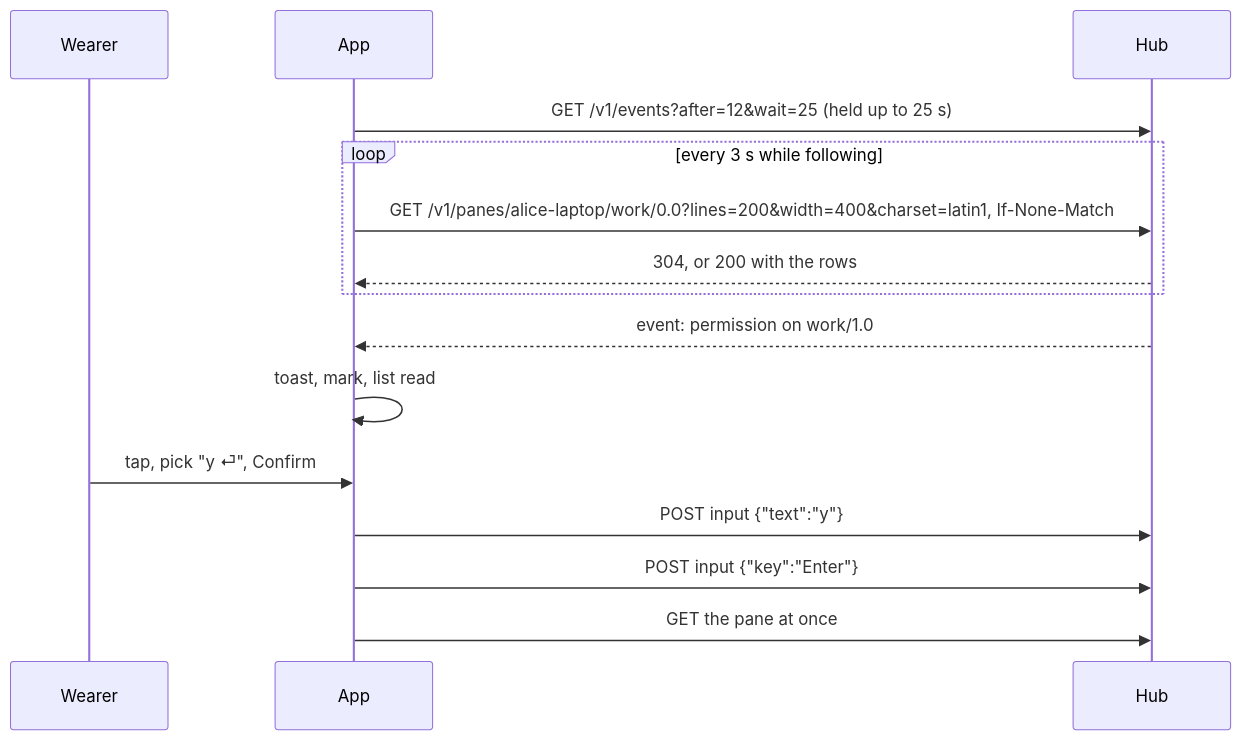
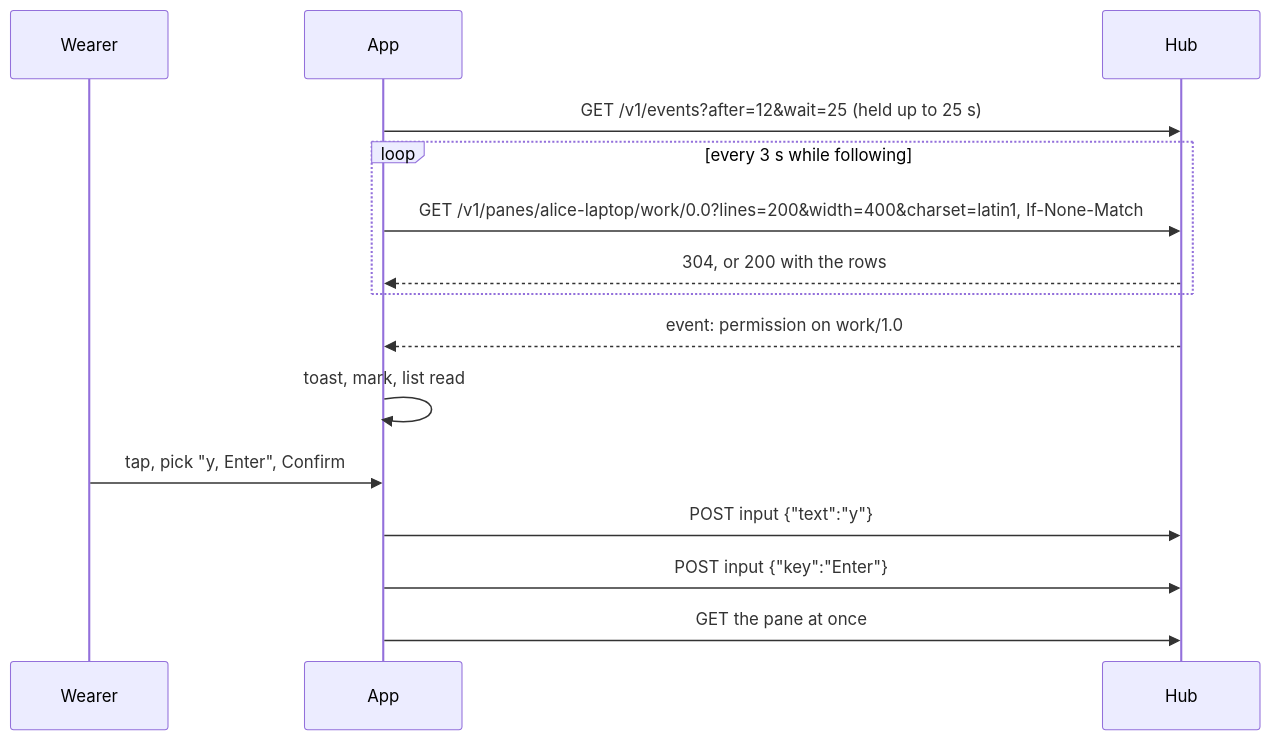
Before and after one commit to notmarkopadjen/muxway-glasses-even: the third of 3 diagrams in docs/ARCHITECTURE.md, drawn with Mermaid. The commit also changed other lines of this file and 10 other files, not shown here.

````diff
--- a/docs/ARCHITECTURE.md
+++ b/docs/ARCHITECTURE.md
@@ -85,17 +86,17 @@
 ```mermaid
 sequenceDiagram
     participant W as Wearer
     participant A as App
     participant H as Hub
     A->>H: GET /v1/events?after=12&wait=25 (held up to 25 s)
     loop every 3 s while following
         A->>H: GET /v1/panes/alice-laptop/work/0.0?lines=200&width=400&charset=latin1, If-None-Match
         H-->>A: 304, or 200 with the rows
     end
     H-->>A: event: permission on work/1.0
     A->>A: toast, mark, list read
-    W->>A: tap, pick "y ⏎", Confirm
+    W->>A: tap, pick "y, Enter", Confirm
     A->>H: POST input {"text":"y"}
     A->>H: POST input {"key":"Enter"}
     A->>H: GET the pane at once
 ```
````
